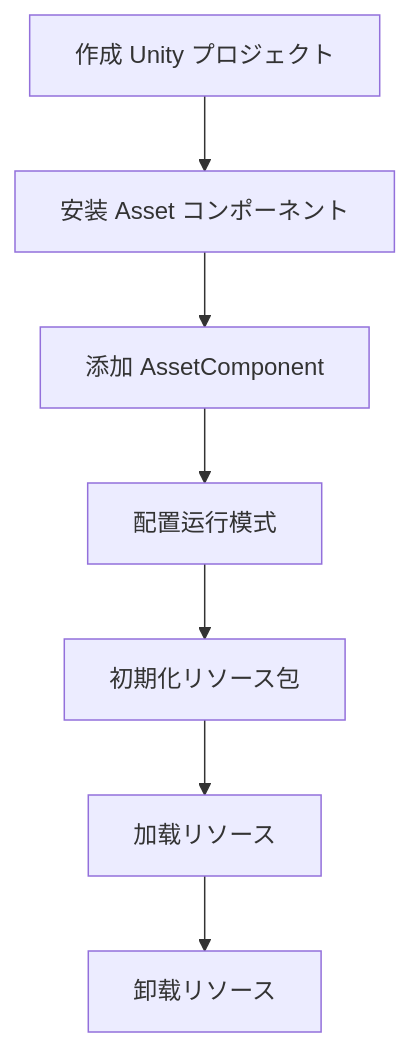
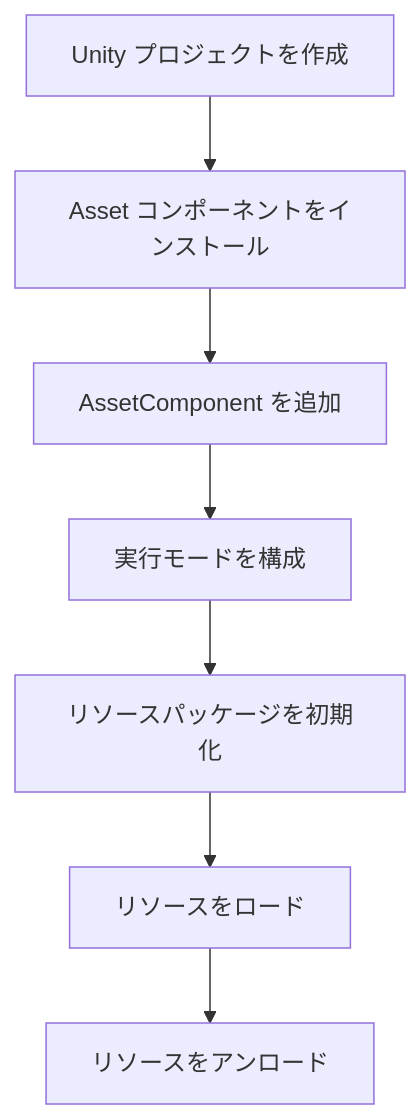
Before and after one commit to AlianBlank/GameFrameX.Docs: the diagram in docs/ja/client/unity/component/asset/07.first-steps.md, drawn with Mermaid. The commit also changed other lines of this file and 320 other files, not shown here.

````diff
--- a/docs/ja/client/unity/component/asset/07.first-steps.md
+++ b/docs/ja/client/unity/component/asset/07.first-steps.md
@@ -13,9 +13,9 @@
 ```mermaid
 flowchart TD
-    A[作成 Unity プロジェクト] --> B[安装 Asset コンポーネント]
-    B --> C[添加 AssetComponent]
-    C --> D[配置运行模式]
-    D --> E[初期化リソース包]
-    E --> F[加载リソース]
-    F --> G[卸载リソース]
+    A[Unity プロジェクトを作成] --> B[Asset コンポーネントをインストール]
+    B --> C[AssetComponent を追加]
+    C --> D[実行モードを構成]
+    D --> E[リソースパッケージを初期化]
+    E --> F[リソースをロード]
+    F --> G[リソースをアンロード]
 ```
````
